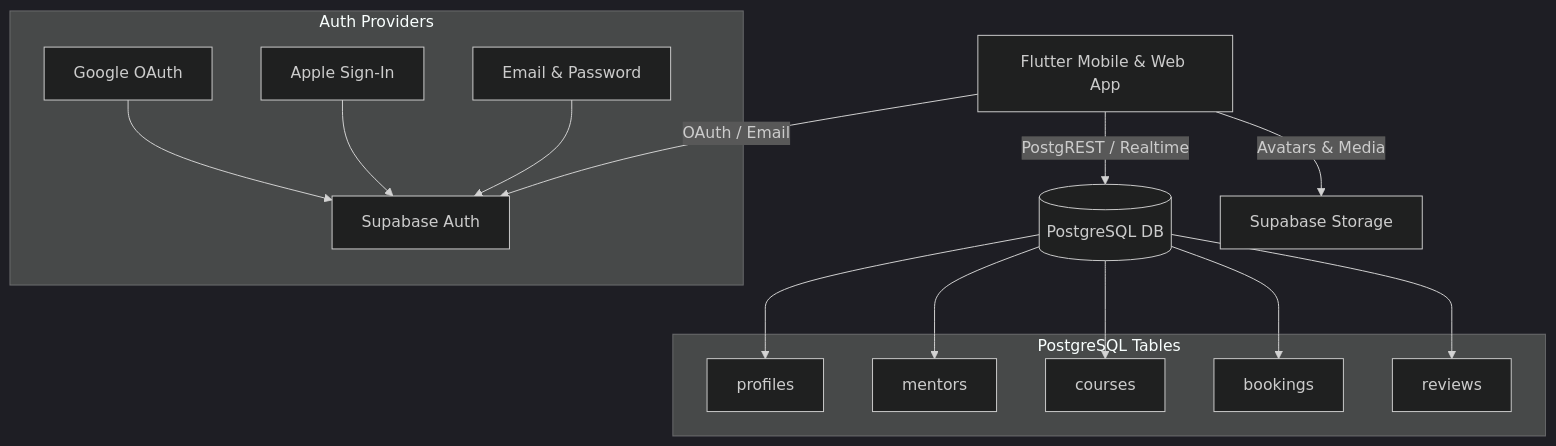
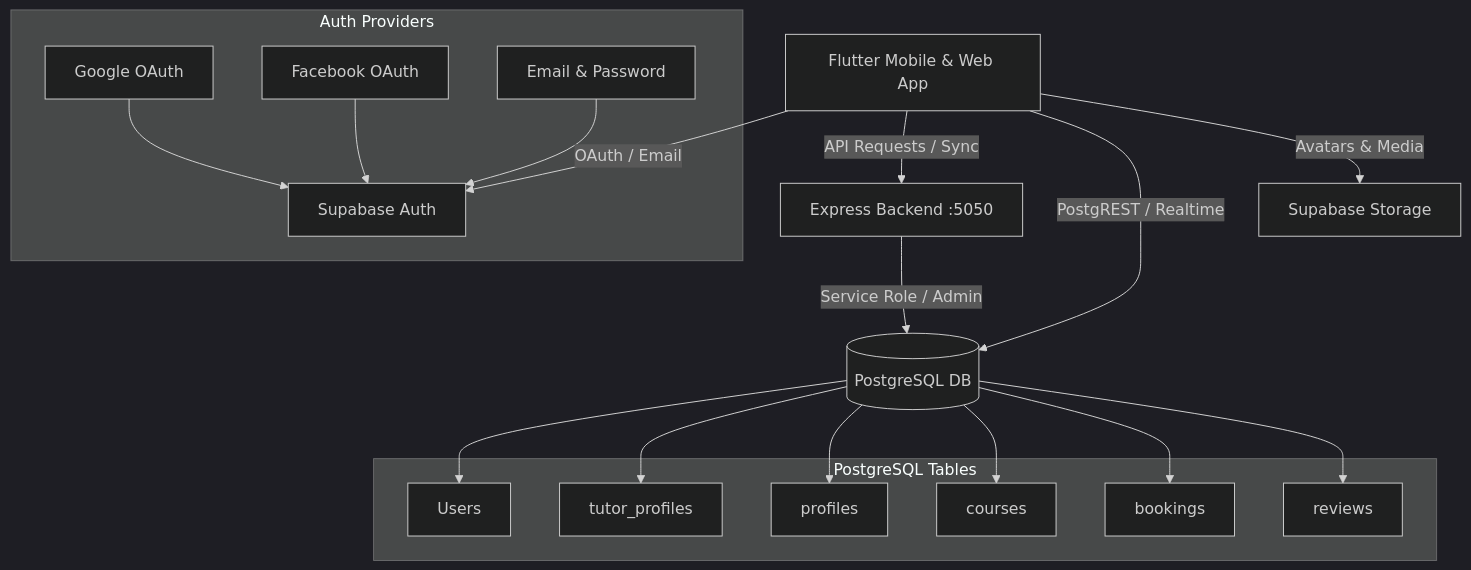
One commit to v1mean/MOBILE_APPLICATION changed the diagram in docs/BACKEND_INTEGRATION_PLAN.md. Above: the diagram before and after it, drawn with Mermaid (dark theme). The commit also changed other lines of this file and 2 other files, not shown here.

Commit message:
docs: update project state, backend integration plan, and readme with latest auth architecture

````diff
--- a/docs/BACKEND_INTEGRATION_PLAN.md
+++ b/docs/BACKEND_INTEGRATION_PLAN.md
@@ -16,26 +19,30 @@
 ```mermaid
 graph TD
     App[Flutter Mobile & Web App] -->|OAuth / Email| SupaAuth[Supabase Auth]
-    App -->|PostgREST / Realtime| SupaDB[(PostgreSQL DB)]
+    App -->|API Requests / Sync| NodeAPI[Express Backend :5050]
+    NodeAPI -->|Service Role / Admin| SupaDB[(PostgreSQL DB)]
+    App -->|PostgREST / Realtime| SupaDB
     App -->|Avatars & Media| SupaStorage[Supabase Storage]
     
     subgraph Auth Providers
         Google[Google OAuth] --> SupaAuth
-        Apple[Apple Sign-In] --> SupaAuth
+        Facebook[Facebook OAuth] --> SupaAuth
         Email[Email & Password] --> SupaAuth
     end
     
     subgraph PostgreSQL Tables
+        Users[Users]
+        TutorProfiles[tutor_profiles]
         Profiles[profiles]
-        Mentors[mentors]
         Courses[courses]
         Bookings[bookings]
         Reviews[reviews]
     end
     
+    SupaDB --> Users
+    SupaDB --> TutorProfiles
     SupaDB --> Profiles
-    SupaDB --> Mentors
     SupaDB --> Courses
     SupaDB --> Bookings
     SupaDB --> Reviews
 ```
````
